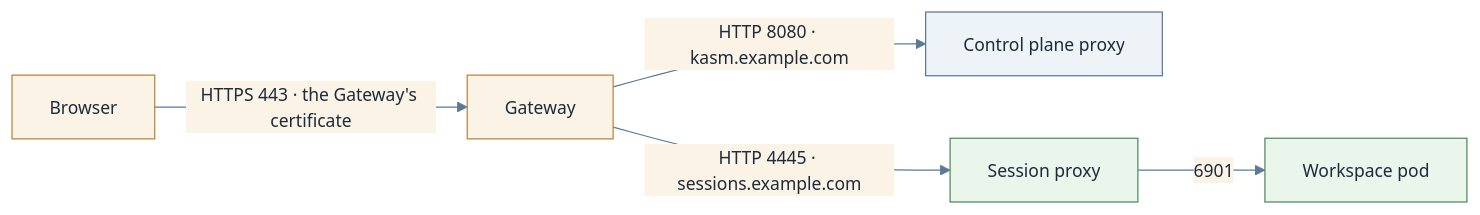
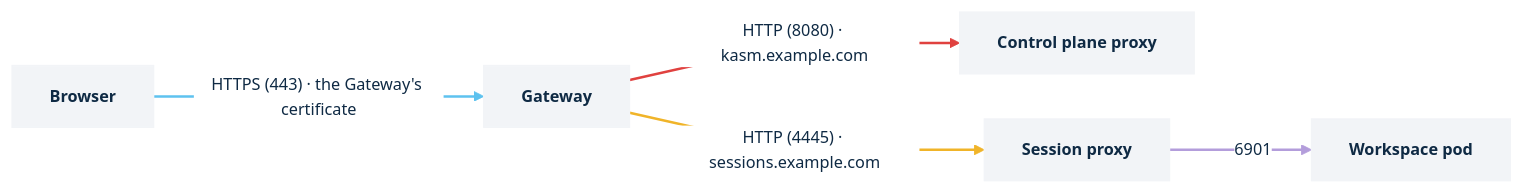
Before and after one commit to kasmtech/kasm-helm: the diagram in docs/how-to/networking/gateway-api-httproute.md, drawn with Mermaid. The commit also changed other lines of this file and 35 other files, not shown here.

First line of the commit message:
Kasm diagram theme, and the operator and agent fixes verified against the dev builds

````diff
--- a/docs/how-to/networking/gateway-api-httproute.md
+++ b/docs/how-to/networking/gateway-api-httproute.md
@@ -18,12 +18,18 @@
 ```mermaid
-%%{init: {"theme":"base","themeVariables":{"primaryColor":"#eef3f8","primaryBorderColor":"#5b7a99","primaryTextColor":"#1d2b3a","secondaryColor":"#fbf3e6","secondaryBorderColor":"#b8863b","tertiaryColor":"#eaf5ec","tertiaryBorderColor":"#4f8a5b","lineColor":"#5b7a99","fontFamily":"Inter, Helvetica, Arial, sans-serif","fontSize":"14px"},"flowchart":{"curve":"basis","htmlLabels":true}}}%%
+%%{init: {"theme":"base","themeVariables":{"background":"#ffffff","primaryColor":"#f2f4f7","primaryBorderColor":"#f2f4f7","primaryTextColor":"#0f2a44","lineColor":"#0f2a44","clusterBkg":"#ffffff","clusterBorder":"#4a4a4a","edgeLabelBackground":"#ffffff","fontFamily":"Montserrat, Helvetica, Arial, sans-serif","fontSize":"13px"},"flowchart":{"curve":"linear","htmlLabels":true,"nodeSpacing":36,"rankSpacing":64}}}%%
 flowchart LR
-  browser["Browser"] -->|"HTTPS 443 · the Gateway's certificate"| gw["Gateway"]
-  gw -->|"HTTP 8080 · kasm.example.com"| cp["Control plane proxy"]
-  gw -->|"HTTP 4445 · sessions.example.com"| sp["Session proxy"]
-  sp -->|"6901"| ws["Workspace pod"]
-  classDef agent fill:#eaf5ec,stroke:#4f8a5b
-  classDef ext fill:#fbf3e6,stroke:#b8863b
-  class sp,ws agent
-  class browser,gw ext
+  browser["Browser"]:::card
+  gw["Gateway"]:::card
+  cp["Control plane proxy"]:::card
+  sp["Session proxy"]:::card
+  ws["Workspace pod"]:::card
+  browser -->|"HTTPS (443) · the Gateway's certificate"| gw
+  gw -->|"HTTP (8080) · kasm.example.com"| cp
+  gw -->|"HTTP (4445) · sessions.example.com"| sp
+  sp -->|"6901"| ws
+  classDef card fill:#f2f4f7,stroke:#f2f4f7,color:#0f2a44,font-weight:600
+  linkStyle 0 stroke:#5ec2ef,stroke-width:2px
+  linkStyle 1 stroke:#e0413f,stroke-width:2px
+  linkStyle 2 stroke:#f0b429,stroke-width:2px
+  linkStyle 3 stroke:#b39ddb,stroke-width:2px
 ```
````
